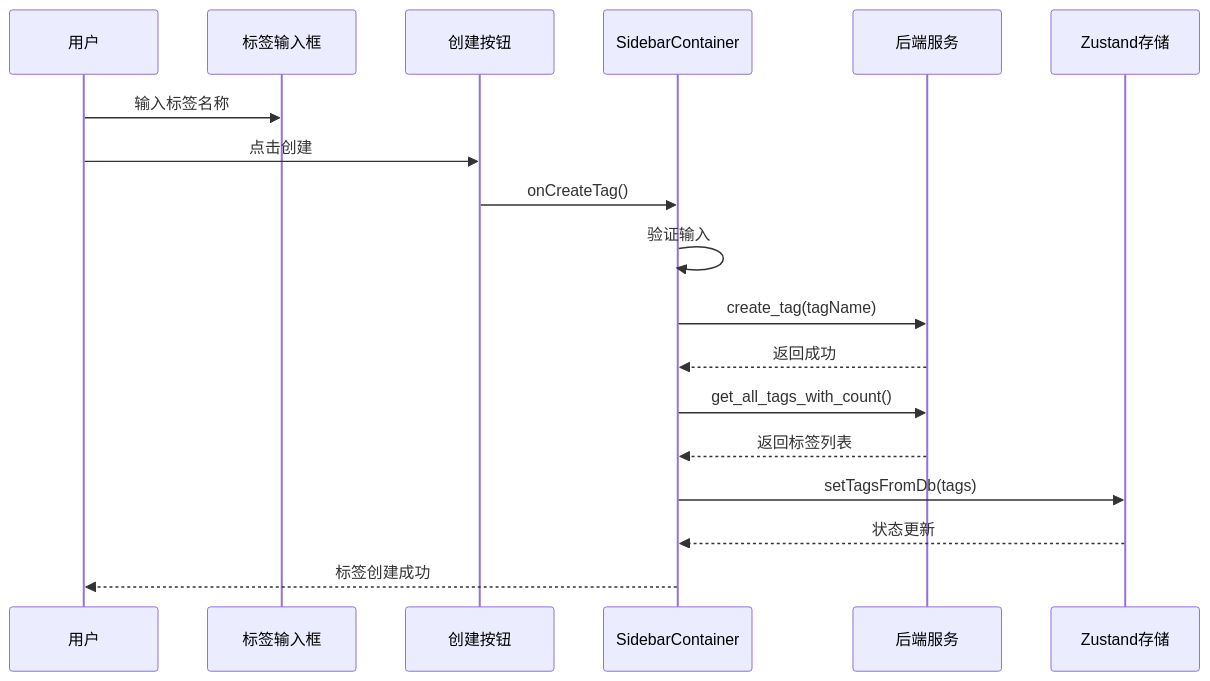
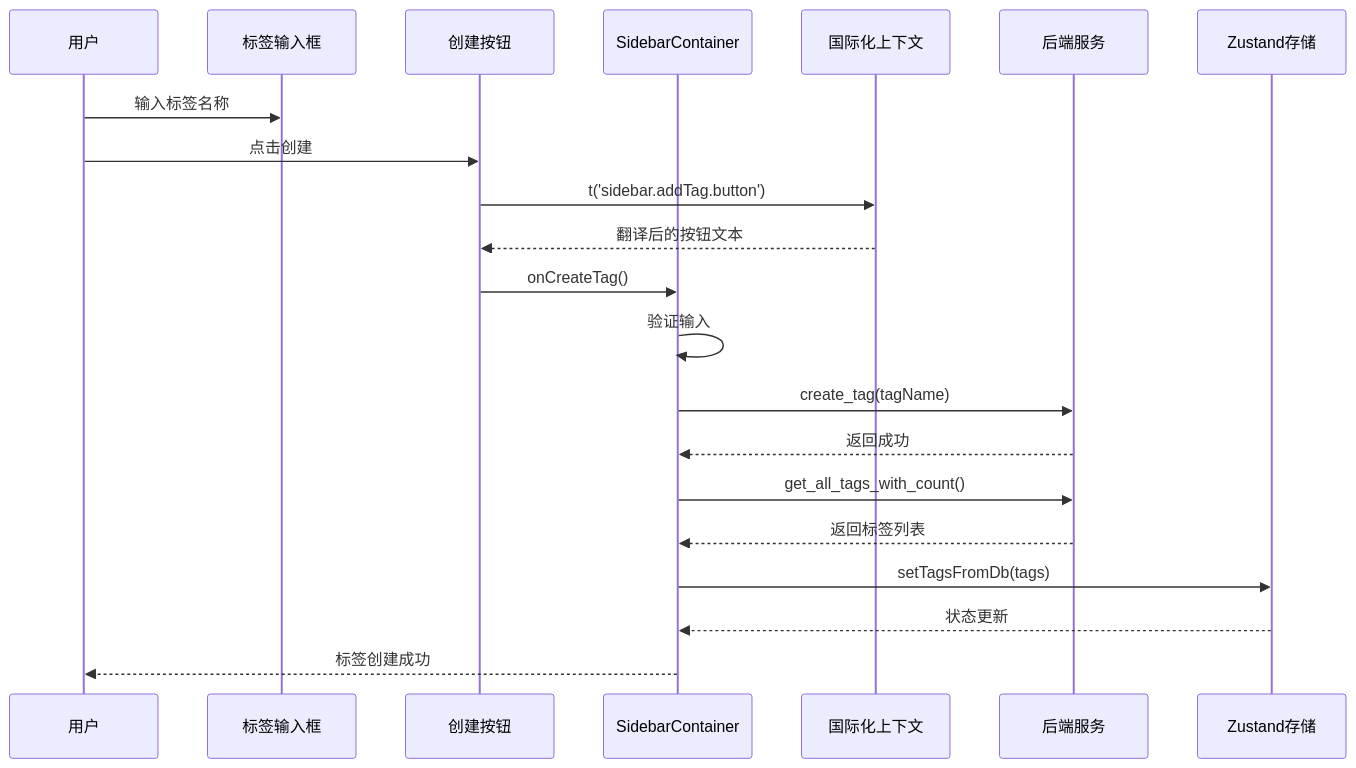
The fifth of 13 diagrams in repowiki/zh/content/前端开发/UI 组件详解/侧边栏组件 (Sidebar).md (YLee9527/Medex), drawn with Mermaid before and after one commit. The commit also changed other lines of this file and 13 other files, not shown here.

````diff
--- a/repowiki/zh/content/前端开发/UI 组件详解/侧边栏组件 (Sidebar).md
+++ b/repowiki/zh/content/前端开发/UI 组件详解/侧边栏组件 (Sidebar).md
@@ -233,20 +270,23 @@
 ```mermaid
 sequenceDiagram
 participant User as 用户
 participant Input as 标签输入框
 participant Button as 创建按钮
 participant Container as SidebarContainer
+participant I18n as 国际化上下文
 participant Backend as 后端服务
 participant Store as Zustand存储
 User->>Input : 输入标签名称
 User->>Button : 点击创建
+Button->>I18n : t('sidebar.addTag.button')
+I18n-->>Button : 翻译后的按钮文本
 Button->>Container : onCreateTag()
 Container->>Container : 验证输入
 Container->>Backend : create_tag(tagName)
 Backend-->>Container : 返回成功
 Container->>Backend : get_all_tags_with_count()
 Backend-->>Container : 返回标签列表
 Container->>Store : setTagsFromDb(tags)
 Store-->>Container : 状态更新
 Container-->>User : 标签创建成功
 ```
````
